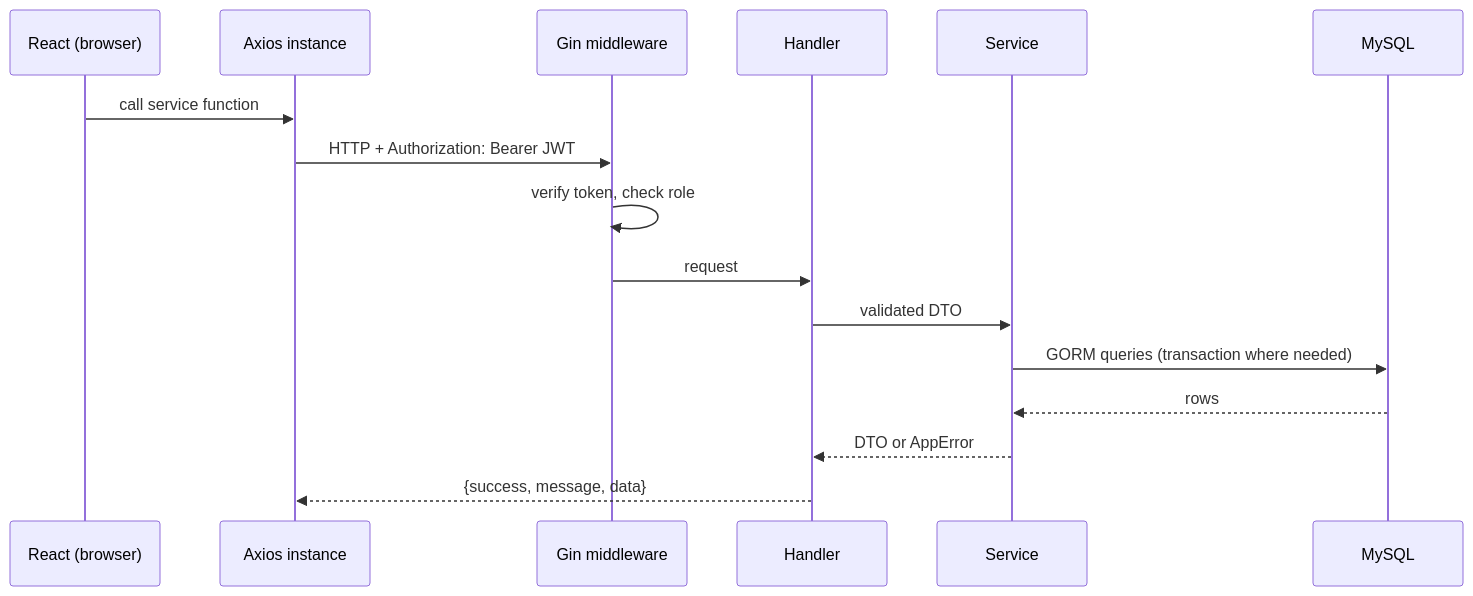
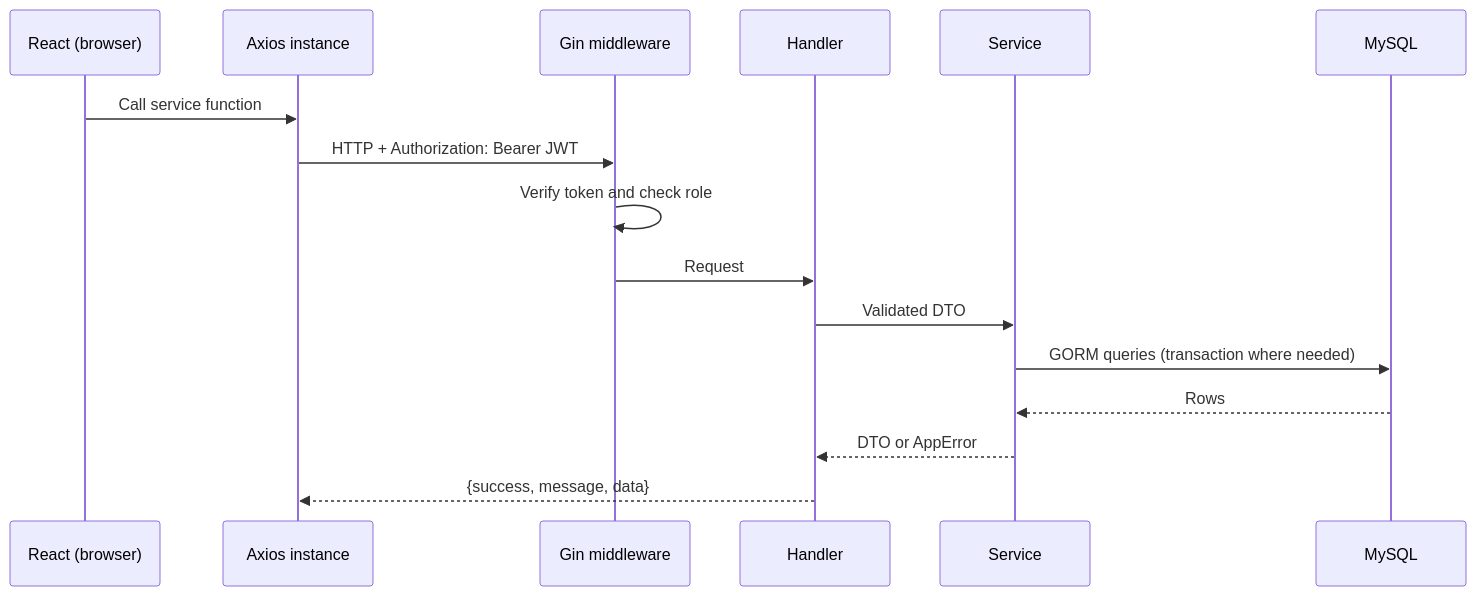
The diagram in docs/architecture.md (PankajSingh-hub/AdaptiveLearning), drawn with Mermaid before and after one commit. The commit also changed other lines of this file and 14 other files, not shown here.

Commit message:
Replace AutoMigrate and schema.sql with embedded versioned SQL migrations and a blank-database test

````diff
--- a/docs/architecture.md
+++ b/docs/architecture.md
@@ -5,18 +5,19 @@
 ```mermaid
 sequenceDiagram
-  participant B as React (browser)
-  participant A as Axios instance
-  participant M as Gin middleware
-  participant H as Handler
-  participant S as Service
-  participant D as MySQL
-  B->>A: call service function
-  A->>M: HTTP + Authorization: Bearer JWT
-  M->>M: verify token, check role
-  M->>H: request
-  H->>S: validated DTO
-  S->>D: GORM queries (transaction where needed)
-  D-->>S: rows
-  S-->>H: DTO or AppError
-  H-->>A: {success, message, data}
+    participant B as React (browser)
+    participant A as Axios instance
+    participant M as Gin middleware
+    participant H as Handler
+    participant S as Service
+    participant D as MySQL
+
+    B->>A: Call service function
+    A->>M: HTTP + Authorization: Bearer JWT
+    M->>M: Verify token and check role
+    M->>H: Request
+    H->>S: Validated DTO
+    S->>D: GORM queries (transaction where needed)
+    D-->>S: Rows
+    S-->>H: DTO or AppError
+    H-->>A: {success, message, data}
 ```
````
